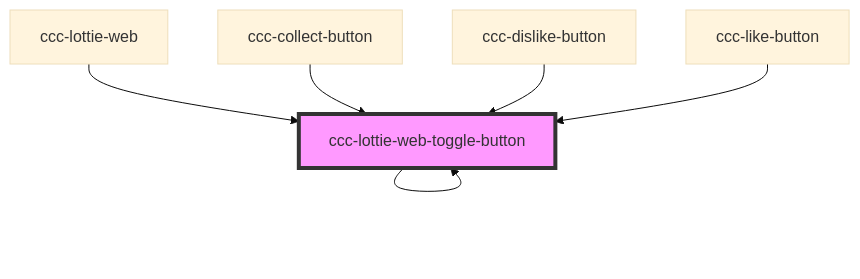
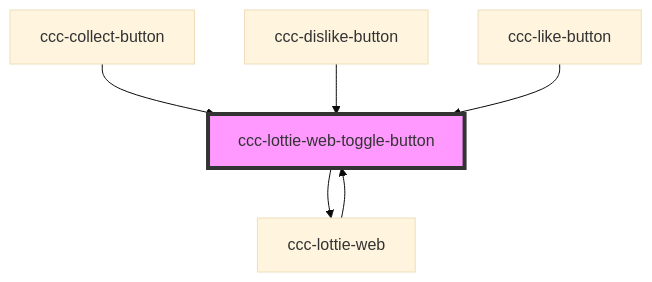
One commit to BioforestChain/web-components changed the diagram in src/components/lottie-web/readme.md. Above: the diagram before and after it, drawn with Mermaid (base theme). The commit also changed other lines of this file and 5 other files, not shown here.

````diff
--- a/src/components/lottie-web/readme.md
+++ b/src/components/lottie-web/readme.md
@@ -45,9 +43,9 @@
 ```mermaid
 graph TD;
-  ccc-lottie-web-toggle-button --> ccc-lottie-web-toggle-button
+  ccc-lottie-web-toggle-button --> ccc-lottie-web
   ccc-lottie-web --> ccc-lottie-web-toggle-button
   ccc-collect-button --> ccc-lottie-web-toggle-button
   ccc-dislike-button --> ccc-lottie-web-toggle-button
   ccc-like-button --> ccc-lottie-web-toggle-button
   style ccc-lottie-web-toggle-button fill:#f9f,stroke:#333,stroke-width:4px
 ```
````
